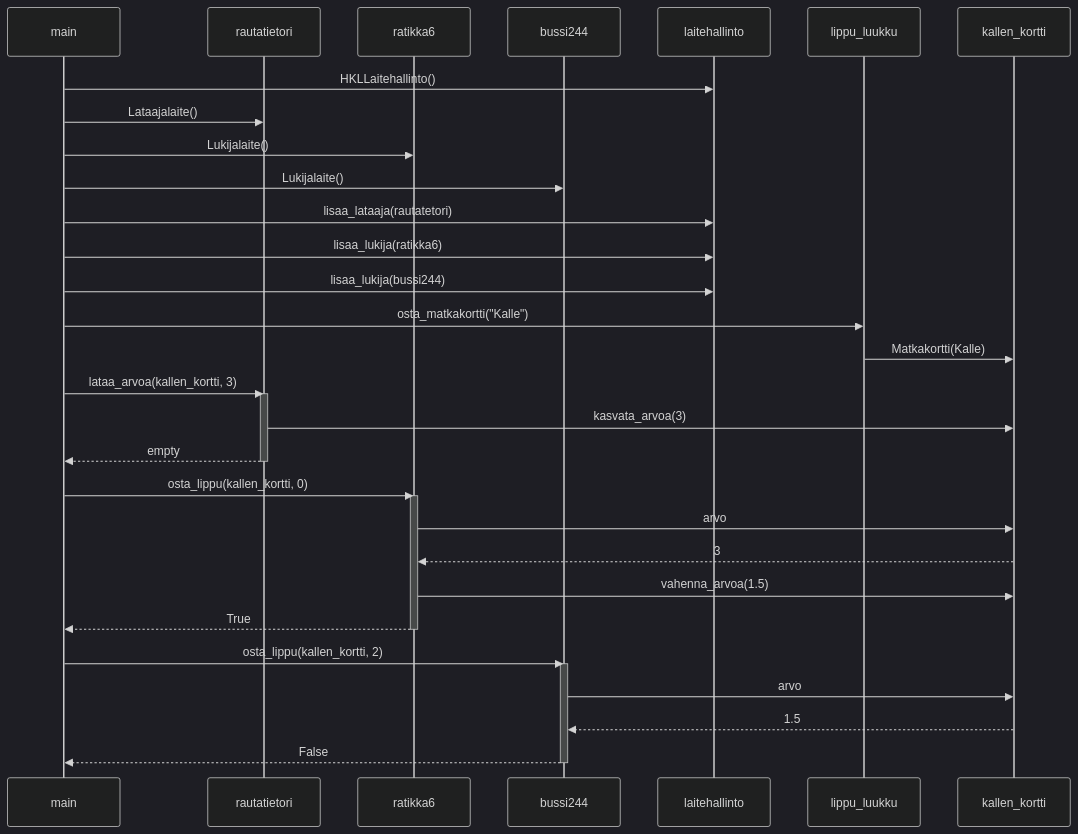
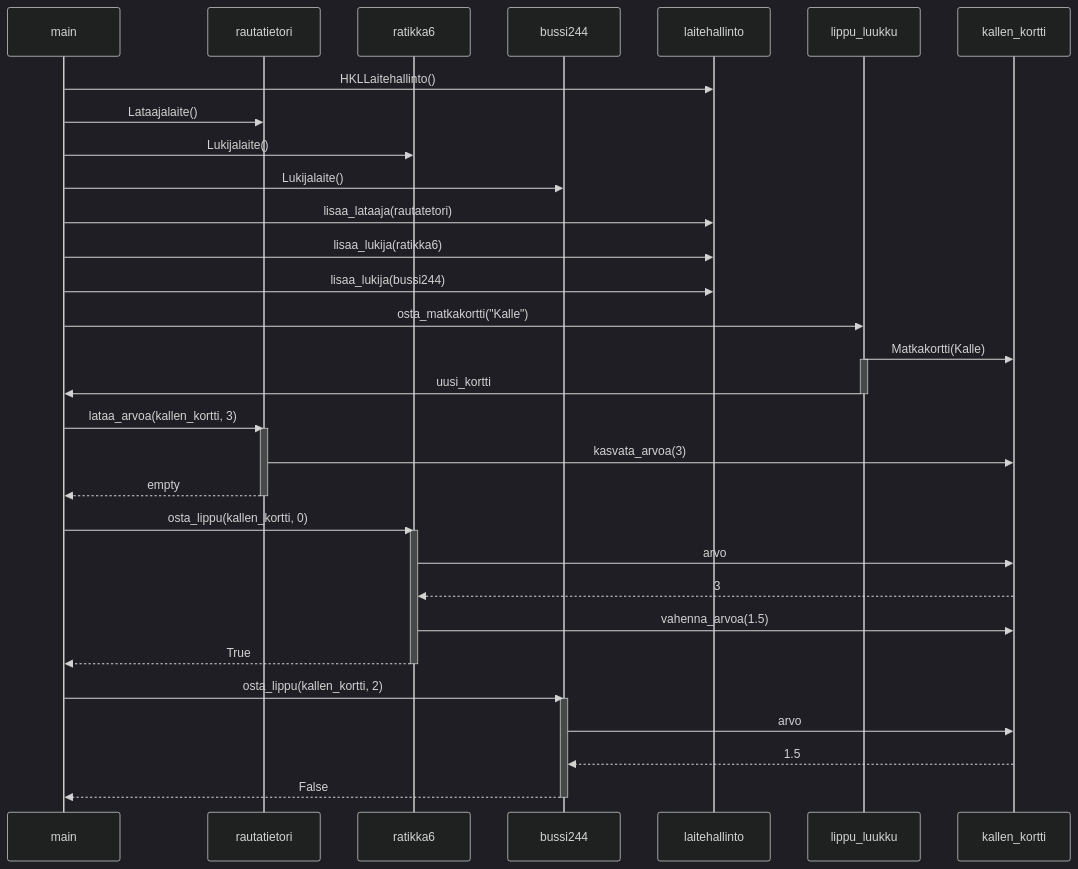
Before and after one commit to Rasper-ux/ot-harjoitustyo: the diagram in laskarit/viikko3/sekvenssikaavio.md, drawn with Mermaid (dark theme).

Commit message:
Updated sekvenssikaavio

````diff
--- a/laskarit/viikko3/sekvenssikaavio.md
+++ b/laskarit/viikko3/sekvenssikaavio.md
@@ -1,36 +1,39 @@
 ```mermaid
  sequenceDiagram
     participant main
     participant rautatietori
     participant ratikka6
     participant bussi244
     participant laitehallinto
     participant lippu_luukku
     main ->> laitehallinto: HKLLaitehallinto()
     main ->> rautatietori: Lataajalaite()
     main ->> ratikka6: Lukijalaite()
     main ->> bussi244: Lukijalaite()
     main ->> laitehallinto: lisaa_lataaja(rautatetori)
     main ->> laitehallinto: lisaa_lukija(ratikka6)
     main ->> laitehallinto: lisaa_lukija(bussi244)
     main ->> lippu_luukku: osta_matkakortti("Kalle")
     lippu_luukku ->> kallen_kortti: Matkakortti(Kalle)
+    activate lippu_luukku
+    lippu_luukku ->> main: uusi_kortti
+    deactivate lippu_luukku
     main ->> rautatietori: lataa_arvoa(kallen_kortti, 3)
     activate rautatietori
     rautatietori ->> kallen_kortti: kasvata_arvoa(3)
     rautatietori -->> main: empty
     deactivate rautatietori
     main ->> ratikka6: osta_lippu(kallen_kortti, 0)
     activate ratikka6
     ratikka6 ->> kallen_kortti: arvo
     kallen_kortti -->> ratikka6: 3
     ratikka6 ->> kallen_kortti: vahenna_arvoa(1.5)
     ratikka6 -->> main: True
     deactivate ratikka6
     main ->> bussi244: osta_lippu(kallen_kortti, 2)
     activate bussi244
     bussi244 ->> kallen_kortti: arvo
     kallen_kortti -->> bussi244: 1.5
     bussi244 -->> main: False
     deactivate bussi244
 ```
````
